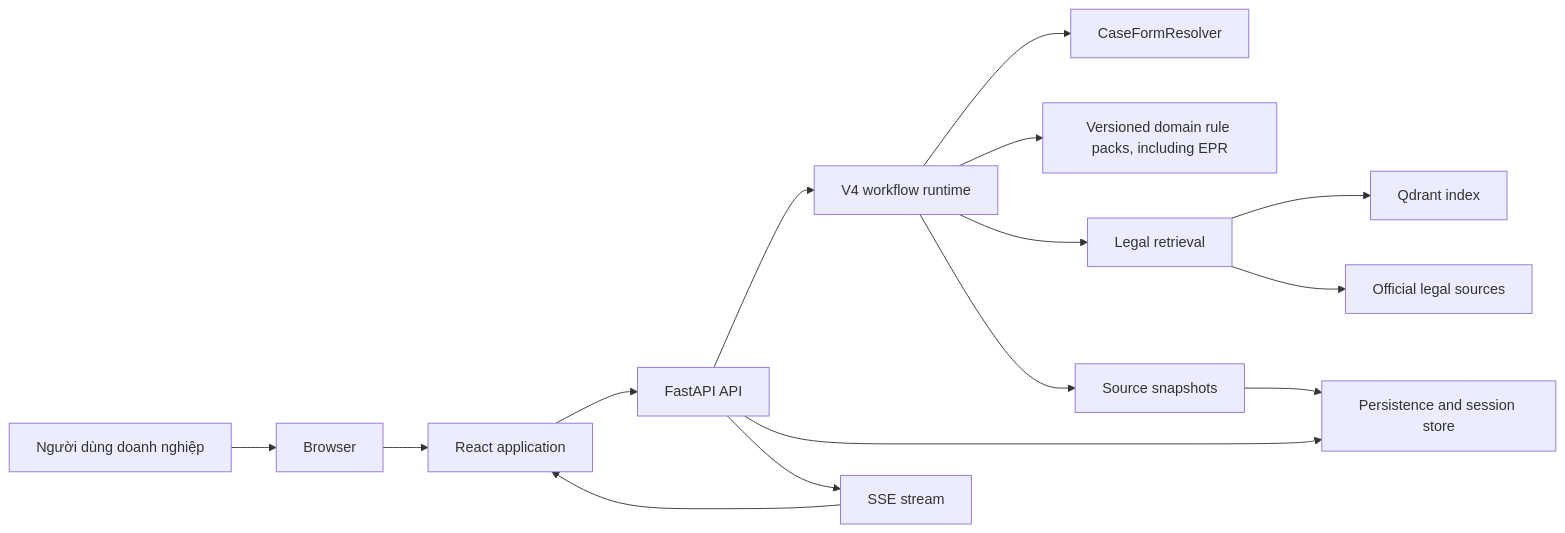
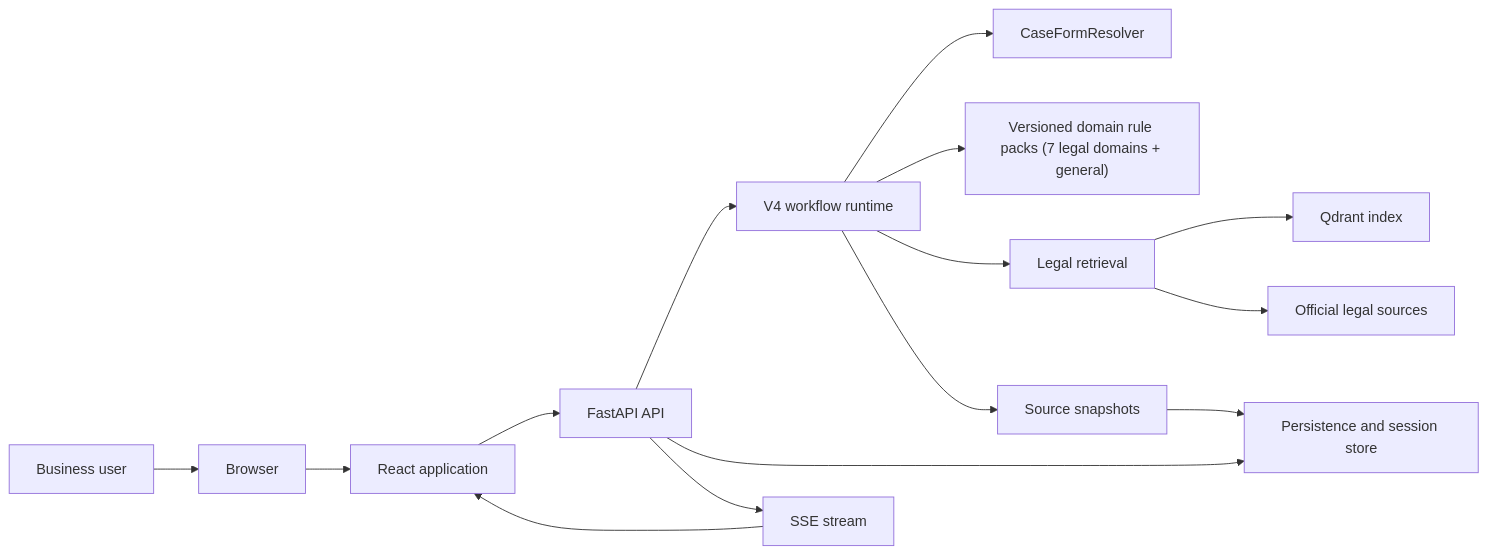
One commit to taitran501/vietnam-legal-agent changed the first of 2 diagrams in docs/architecture/system-overview.md. Above: the diagram before and after it, drawn with Mermaid. The commit also changed other lines of this file and 28 other files, not shown here.

````diff
--- a/docs/architecture/system-overview.md
+++ b/docs/architecture/system-overview.md
@@ -17,17 +18,17 @@
 ```mermaid
 flowchart LR
-    U["Người dùng doanh nghiệp"] --> B["Browser"]
+    U["Business user"] --> B["Browser"]
     B --> F["React application"]
     F --> API["FastAPI API"]
     API --> W["V4 workflow runtime"]
     API --> P["Persistence and session store"]
     W --> R["CaseFormResolver"]
-    W --> RP["Versioned domain rule packs, including EPR"]
+    W --> RP["Versioned domain rule packs (7 legal domains + general)"]
     W --> L["Legal retrieval"]
     L --> Q["Qdrant index"]
     L --> O["Official legal sources"]
     W --> S["Source snapshots"]
     S --> P
     API --> E["SSE stream"]
     E --> F
 ```
````
